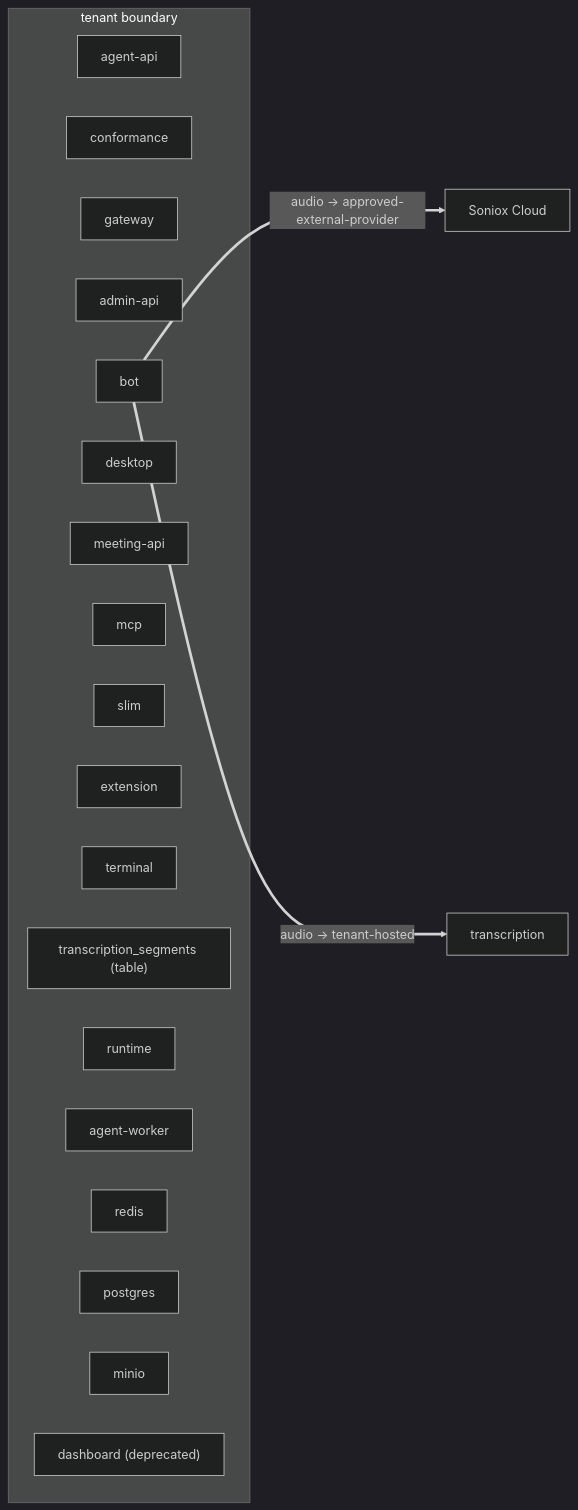
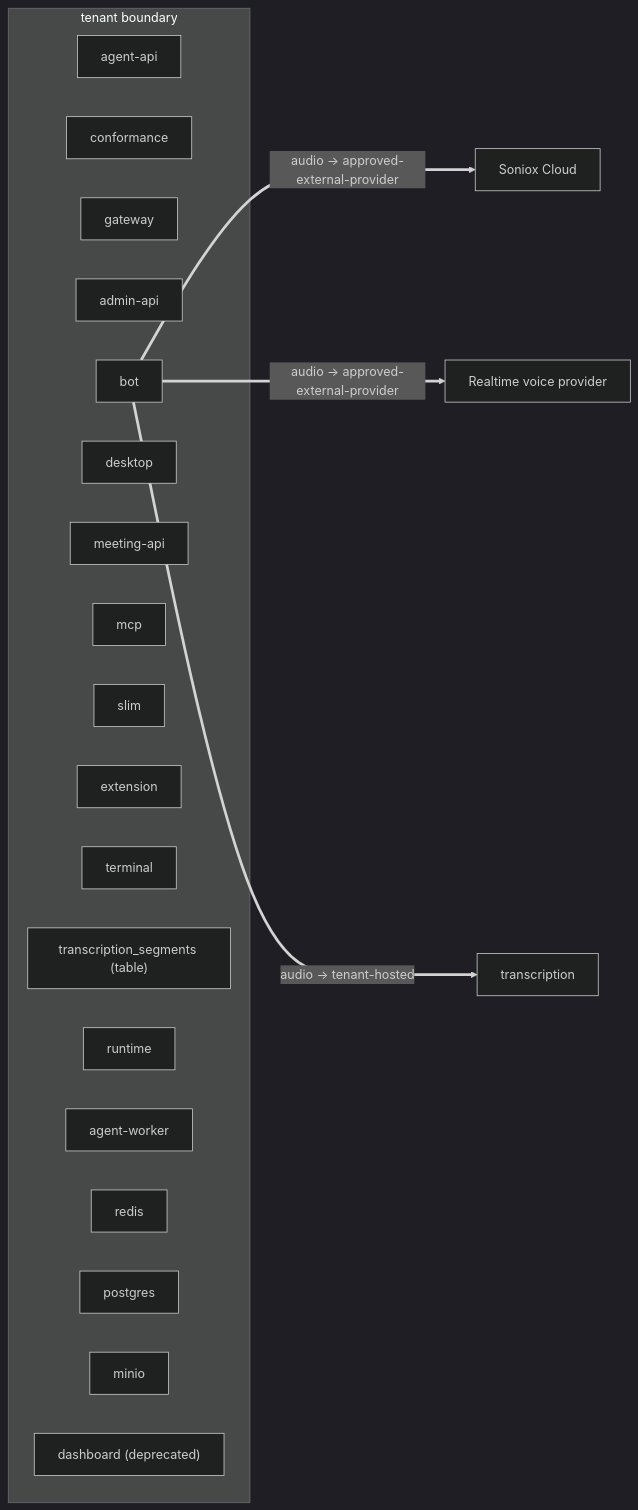
Before and after one commit to wantok-ai/vexa: the diagram in docs/views/egress.mmd, drawn with Mermaid (dark theme). The commit also changed 10 other files, not shown here.

Commit message:
Add persistent realtime voice lane

```diff
--- a/docs/views/egress.mmd
+++ b/docs/views/egress.mmd
@@ -1,26 +1,28 @@
 %% GENERATED — pnpm arch:dsl --write
 flowchart LR
   subgraph tenant["tenant boundary"]
     agent_api["agent-api"]
     conformance["conformance"]
     gateway["gateway"]
     admin_api["admin-api"]
     bot["bot"]
     desktop["desktop"]
     meeting_api["meeting-api"]
     mcp["mcp"]
     slim["slim"]
     extension["extension"]
     terminal["terminal"]
     segments_table["transcription_segments (table)"]
     runtime["runtime"]
     agent_worker["agent-worker"]
     redis["redis"]
     postgres["postgres"]
     minio["minio"]
     dashboard["dashboard (deprecated)"]
   end
   soniox_cloud["Soniox Cloud"]
   bot ==>|"audio -> approved-external-provider"| soniox_cloud
+  realtime_voice_provider["Realtime voice provider"]
+  bot ==>|"audio -> approved-external-provider"| realtime_voice_provider
   transcription["transcription"]
   bot ==>|"audio -> tenant-hosted"| transcription
```
